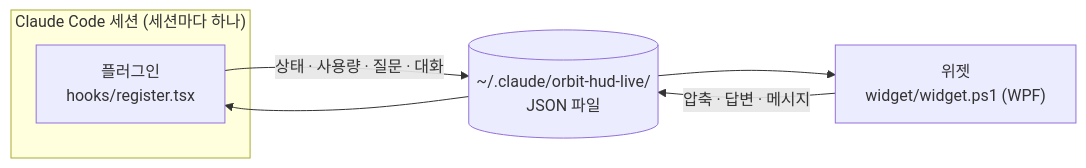
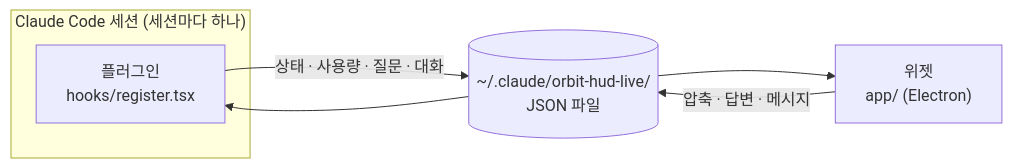
The diagram in README.md (Lab-Dawn/orbit-hud), drawn with Mermaid before and after one commit. The commit also changed other lines of this file and 27 other files, not shown here.

First line of the commit message:
Rewrite the widget in Electron, for Windows and macOS alike

````diff
--- a/README.md
+++ b/README.md
@@ -120,12 +125,12 @@
 ```mermaid
 flowchart LR
   subgraph S["Claude Code 세션 (세션마다 하나)"]
     P["플러그인<br/>hooks/register.tsx"]
   end
   F[("~/.claude/orbit-hud-live/<br/>JSON 파일")]
-  W["위젯<br/>widget/widget.ps1 (WPF)"]
+  W["위젯<br/>app/ (Electron)"]
   P -- "상태 · 사용량 · 질문 · 대화" --> F
   F --> W
   W -- "압축 · 답변 · 메시지" --> F
   F --> P
 ```
````
